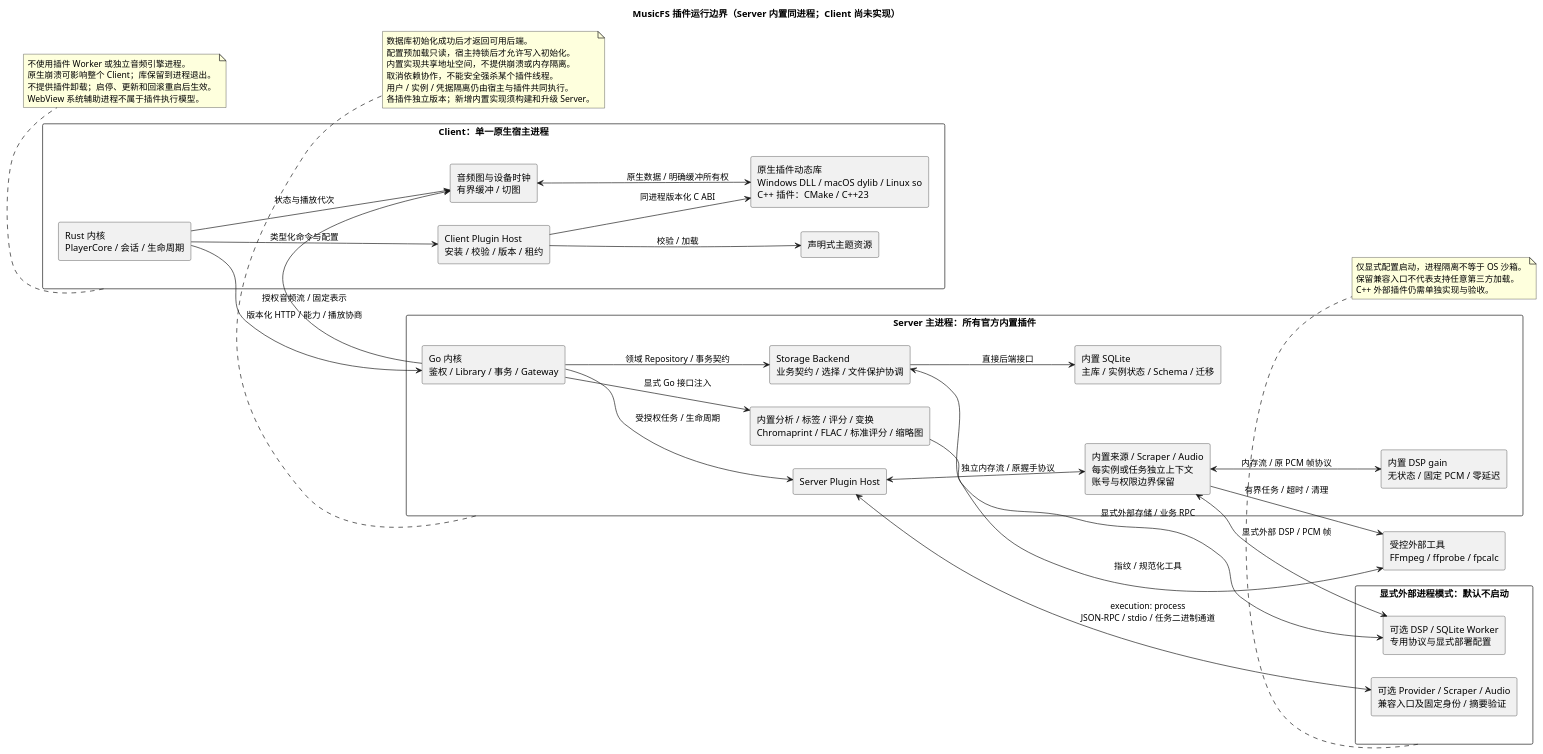
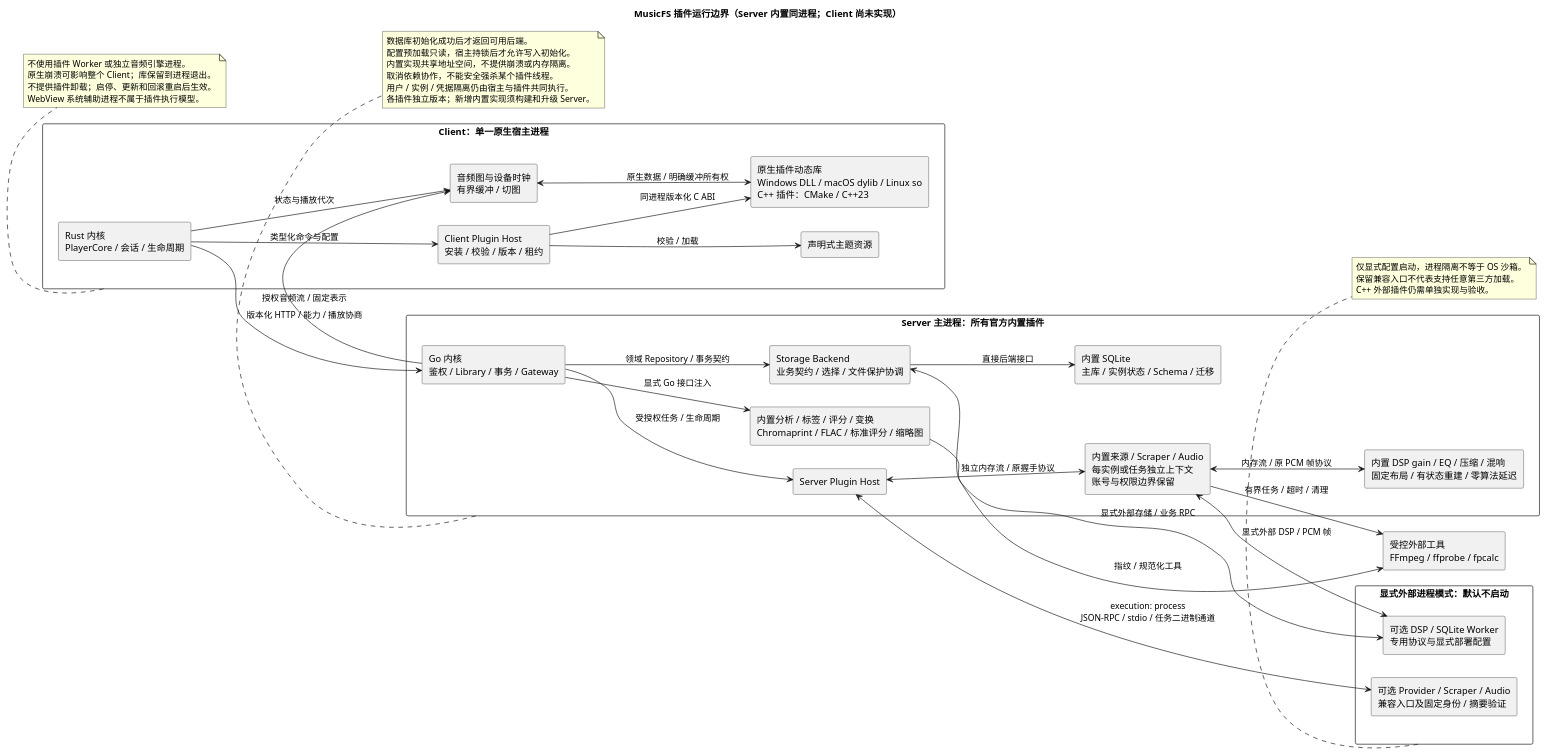
The diagram in docs/diagrams/plugin-boundaries.puml (fnMrRice/MusicFS), drawn with PlantUML before and after one commit. The commit also changed 3 other files, not shown here.

```diff
--- a/docs/diagrams/plugin-boundaries.puml
+++ b/docs/diagrams/plugin-boundaries.puml
@@ -1,71 +1,71 @@
 @startuml
 title MusicFS 插件运行边界（Server 内置同进程；Client 尚未实现）
 left to right direction
 skinparam componentStyle rectangle
 
 rectangle "Client：单一原生宿主进程" as Client {
   component "Rust 内核\nPlayerCore / 会话 / 生命周期" as Core
   component "Client Plugin Host\n安装 / 校验 / 版本 / 租约" as CHost
   component "原生插件动态库\nWindows DLL / macOS dylib / Linux so\nC++ 插件：CMake / C++23" as Dll
   component "音频图与设备时钟\n有界缓冲 / 切图" as Audio
   component "声明式主题资源" as Theme
   Core --> CHost : 类型化命令与配置
   CHost --> Dll : 同进程版本化 C ABI
   Audio <--> Dll : 原生数据 / 明确缓冲所有权
   Core --> Audio : 状态与播放代次
   CHost --> Theme : 校验 / 加载
 }
 
 rectangle "Server 主进程：所有官方内置插件" as Server {
   component "Go 内核\n鉴权 / Library / 事务 / Gateway" as SCore
   component "Server Plugin Host" as SHost
   component "Storage Backend\n业务契约 / 选择 / 文件保护协调" as Storage
   component "内置来源 / Scraper / Audio\n每实例或任务独立上下文\n账号与权限边界保留" as Builtin
-  component "内置 DSP gain\n无状态 / 固定 PCM / 零延迟" as DSP
+  component "内置 DSP gain / EQ / 压缩 / 混响\n固定布局 / 有状态重建 / 零算法延迟" as DSP
   component "内置 SQLite\n主库 / 实例状态 / Schema / 迁移" as DB
   component "内置分析 / 标签 / 评分 / 变换\nChromaprint / FLAC / 标准评分 / 缩略图" as Algorithms
   SCore --> SHost : 受授权任务 / 生命周期
   SCore --> Storage : 领域 Repository / 事务契约
   SHost <--> Builtin : 独立内存流 / 原握手协议
   Builtin <--> DSP : 内存流 / 原 PCM 帧协议
   Storage --> DB : 直接后端接口
   SCore --> Algorithms : 显式 Go 接口注入
 }
 
 rectangle "显式外部进程模式：默认不启动" as Workers {
   component "可选 Provider / Scraper / Audio\n兼容入口及固定身份 / 摘要验证" as Worker
   component "可选 DSP / SQLite Worker\n专用协议与显式部署配置" as ExternalInfrastructure
 }
 
 component "受控外部工具\nFFmpeg / ffprobe / fpcalc" as Tools
 
 Core --> SCore : 版本化 HTTP / 能力 / 播放协商
 SCore --> Audio : 授权音频流 / 固定表示
 SHost <--> Worker : execution: process\nJSON-RPC / stdio / 任务二进制通道
 Storage <--> ExternalInfrastructure : 显式外部存储 / 业务 RPC
 Builtin <--> ExternalInfrastructure : 显式外部 DSP / PCM 帧
 Builtin --> Tools : 有界任务 / 超时 / 清理
 Algorithms --> Tools : 指纹 / 规范化工具
 
 note bottom of Client
   不使用插件 Worker 或独立音频引擎进程。
   原生崩溃可影响整个 Client；库保留到进程退出。
   不提供插件卸载；启停、更新和回滚重启后生效。
   WebView 系统辅助进程不属于插件执行模型。
 end note
 
 note bottom of Server
   数据库初始化成功后才返回可用后端。
   配置预加载只读，宿主持锁后才允许写入初始化。
   内置实现共享地址空间，不提供崩溃或内存隔离。
   取消依赖协作，不能安全强杀某个插件线程。
   用户 / 实例 / 凭据隔离仍由宿主与插件共同执行。
   各插件独立版本；新增内置实现须构建和升级 Server。
 end note
 
 note bottom of Workers
   仅显式配置启动，进程隔离不等于 OS 沙箱。
   保留兼容入口不代表支持任意第三方加载。
   C++ 外部插件仍需单独实现与验收。
 end note
 @enduml
```
